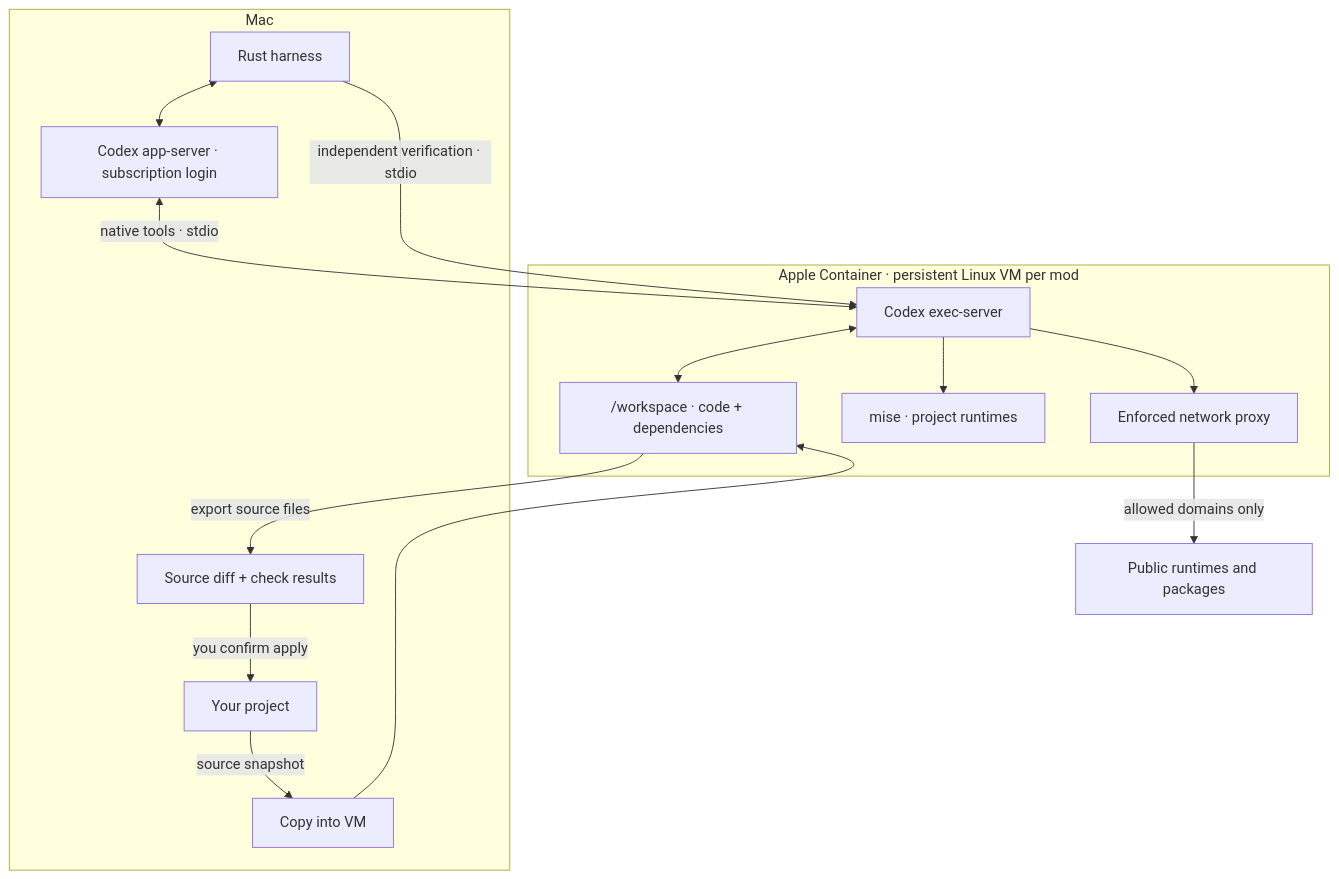
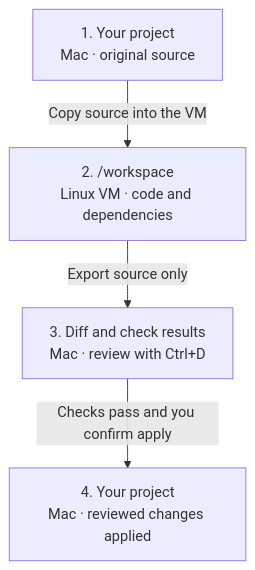
The second of 3 diagrams in docs/sandbox.md (minimumeffort-dev/sprowt.harness), drawn with Mermaid before and after one commit. The commit also changed other lines of this file, not shown here.

Commit message:
Simplify sandbox documentation diagrams

````diff
--- a/docs/sandbox.md
+++ b/docs/sandbox.md
@@ -5,18 +32,10 @@
 ```mermaid
 flowchart TB
-    subgraph Mac
-        harness["Rust harness"] <--> agent["Codex app-server · subscription login"]
-        project["Your project"] -->|"source snapshot"| import["Copy into VM"]
-        review["Source diff + check results"] -->|"you confirm apply"| project
-    end
-    subgraph VM["Apple Container · persistent Linux VM per mod"]
-        executor["Codex exec-server"] <--> work["/workspace · code + dependencies"]
-        executor --> runtime["mise · project runtimes"]
-        executor --> proxy["Enforced network proxy"]
-    end
-    agent <-->|"native tools · stdio"| executor
-    harness -->|"independent verification · stdio"| executor
-    import --> work
-    work -->|"export source files"| review
-    proxy -->|"allowed domains only"| downloads["Public runtimes and packages"]
+    source["1. Your project<br/>Mac · original source"]
+    workspace["2. /workspace<br/>Linux VM · code and dependencies"]
+    review["3. Diff and check results<br/>Mac · review with Ctrl+D"]
+    applied["4. Your project<br/>Mac · reviewed changes applied"]
+    source -->|"Copy source into the VM"| workspace
+    workspace -->|"Export source only"| review
+    review -->|"Checks pass and you confirm apply"| applied
 ```
````
